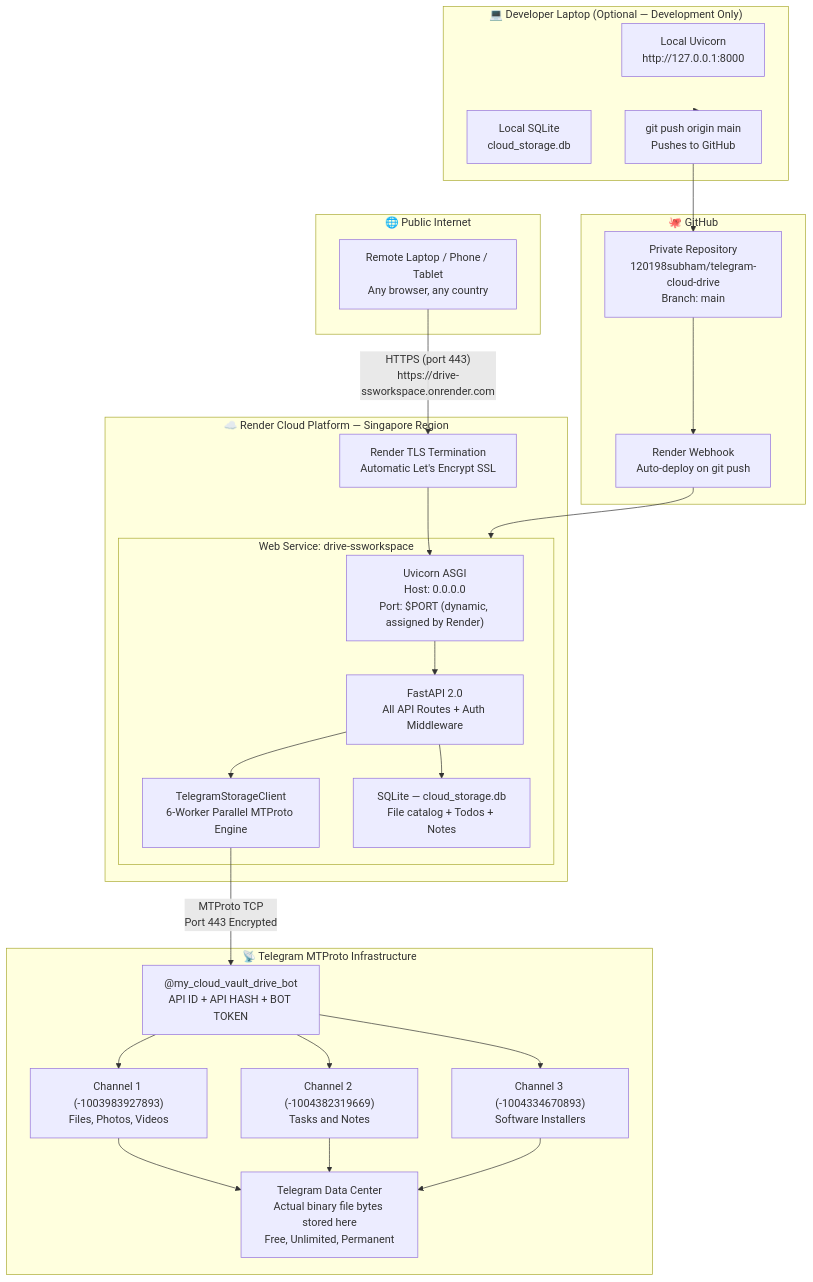
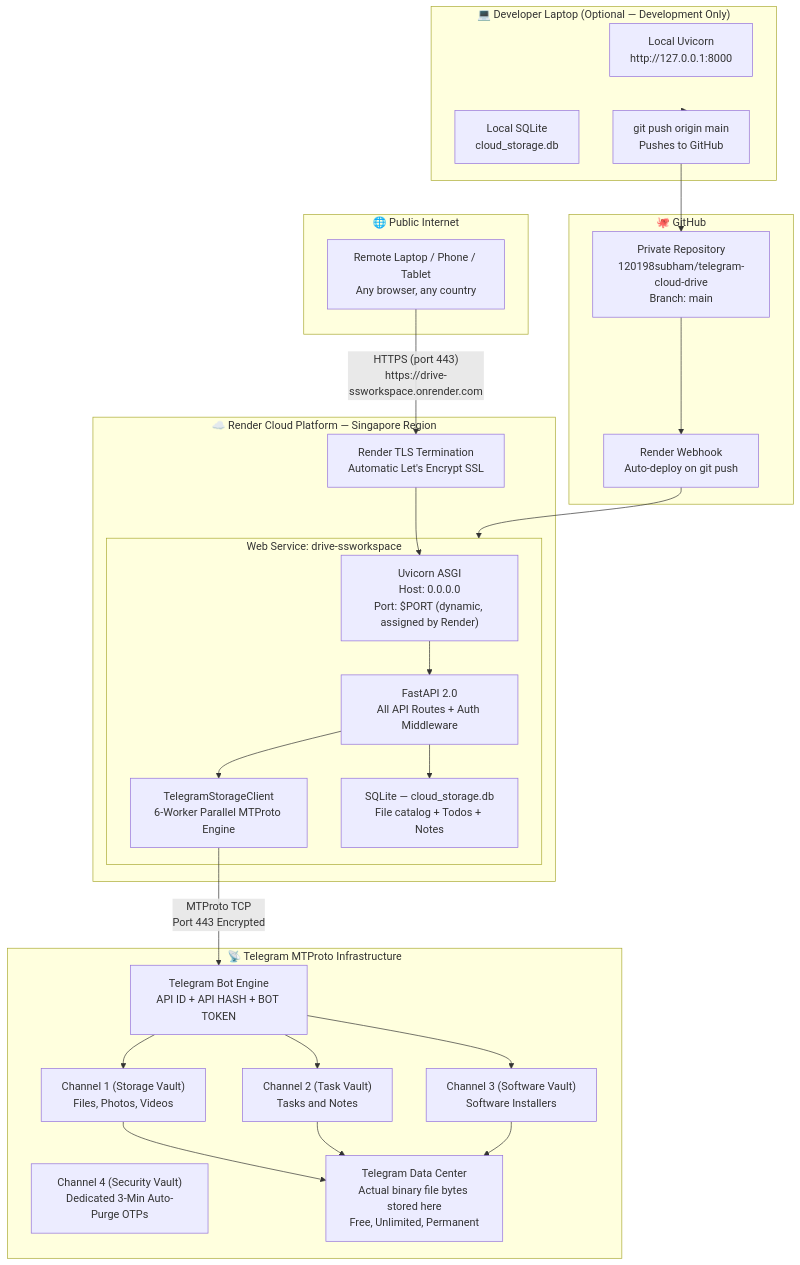
Before and after one commit to 120198subham/telegram-cloud-drive: the first of 5 diagrams in architecture-scanner/3_deployment_diagram.md, drawn with Mermaid. The commit also changed other lines of this file and 10 other files, not shown here.

Commit message:
feat: per-tab OTP isolation, cross-tab auto-cancel, 4th channel modal support, and configuration sanitization

````diff
--- a/architecture-scanner/3_deployment_diagram.md
+++ b/architecture-scanner/3_deployment_diagram.md
@@ -7,47 +7,48 @@
 ```mermaid
 graph TB
     subgraph INTERNET["🌐 Public Internet"]
         BROWSER_REMOTE["Remote Laptop / Phone / Tablet\nAny browser, any country"]
     end
 
     subgraph RENDER_CLOUD["☁️ Render Cloud Platform — Singapore Region"]
         subgraph RENDER_SERVICE["Web Service: drive-ssworkspace"]
             UVICORN_PROD["Uvicorn ASGI\nHost: 0.0.0.0\nPort: $PORT (dynamic, assigned by Render)"]
             FASTAPI_PROD["FastAPI 2.0\nAll API Routes + Auth Middleware"]
             TG_CLIENT_PROD["TelegramStorageClient\n6-Worker Parallel MTProto Engine"]
             SQLITE_PROD["SQLite — cloud_storage.db\nFile catalog + Todos + Notes"]
         end
         HTTPS_PROXY["Render TLS Termination\nAutomatic Let's Encrypt SSL"]
     end
 
     subgraph GITHUB_CLOUD["🐙 GitHub"]
         REPO_PROD["Private Repository\n120198subham/telegram-cloud-drive\nBranch: main"]
         WEBHOOK["Render Webhook\nAuto-deploy on git push"]
     end
 
     subgraph TELEGRAM_INFRA["📡 Telegram MTProto Infrastructure"]
-        BOT_PROD["@my_cloud_vault_drive_bot\nAPI ID + API HASH + BOT TOKEN"]
-        CH1_PROD["Channel 1 (-1003983927893)\nFiles, Photos, Videos"]
-        CH2_PROD["Channel 2 (-1004382319669)\nTasks and Notes"]
-        CH3_PROD["Channel 3 (-1004334670893)\nSoftware Installers"]
+        BOT_PROD["Telegram Bot Engine\nAPI ID + API HASH + BOT TOKEN"]
+        CH1_PROD["Channel 1 (Storage Vault)\nFiles, Photos, Videos"]
+        CH2_PROD["Channel 2 (Task Vault)\nTasks and Notes"]
+        CH3_PROD["Channel 3 (Software Vault)\nSoftware Installers"]
+        CH4_PROD["Channel 4 (Security Vault)\nDedicated 3-Min Auto-Purge OTPs"]
         TG_DC["Telegram Data Center\nActual binary file bytes stored here\nFree, Unlimited, Permanent"]
     end
 
     subgraph LOCAL_DEV["💻 Developer Laptop (Optional — Development Only)"]
         LOCAL_SERVER["Local Uvicorn\nhttp://127.0.0.1:8000"]
         LOCAL_DB["Local SQLite\ncloud_storage.db"]
         GIT_PUSH["git push origin main\nPushes to GitHub"]
     end
 
     BROWSER_REMOTE -->|"HTTPS (port 443)\nhttps://drive-ssworkspace.onrender.com"| HTTPS_PROXY
     HTTPS_PROXY --> UVICORN_PROD
     UVICORN_PROD --> FASTAPI_PROD
     FASTAPI_PROD --> TG_CLIENT_PROD
     FASTAPI_PROD --> SQLITE_PROD
     TG_CLIENT_PROD -->|"MTProto TCP\nPort 443 Encrypted"| BOT_PROD
     BOT_PROD --> CH1_PROD & CH2_PROD & CH3_PROD
     CH1_PROD & CH2_PROD & CH3_PROD --> TG_DC
     
     LOCAL_DEV --> GIT_PUSH --> REPO_PROD
     REPO_PROD --> WEBHOOK --> RENDER_SERVICE
 ```
````
